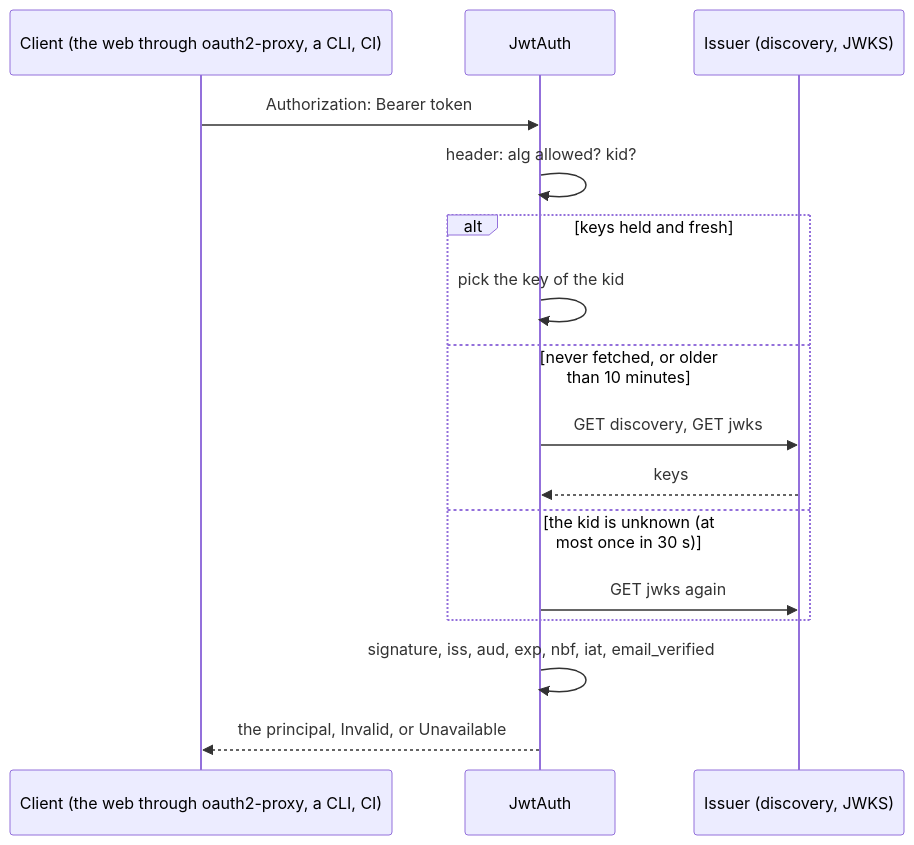
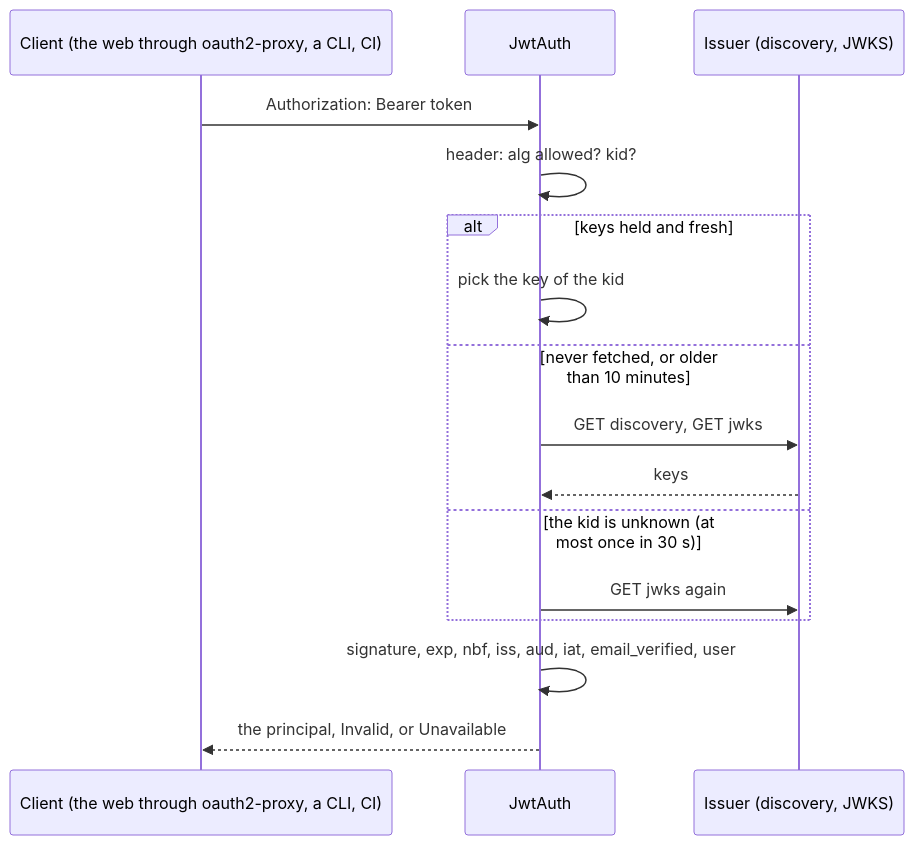
Before and after one commit to vymalo/another-agentic-system: the first of 2 diagrams in orchestrator/crates/auth-jwt/README.md, drawn with Mermaid. The commit also changed other lines of this file and 12 other files, not shown here.

First line of the commit message:
fix(auth-jwt): read every valid Ed25519, RSA and P-256 key; check iss and the user strictly (#261)

````diff
--- a/orchestrator/crates/auth-jwt/README.md
+++ b/orchestrator/crates/auth-jwt/README.md
@@ -19,18 +19,18 @@
 ```mermaid
 sequenceDiagram
   participant C as Client (the web through oauth2-proxy, a CLI, CI)
   participant A as JwtAuth
   participant I as Issuer (discovery, JWKS)
   C->>A: Authorization: Bearer token
   A->>A: header: alg allowed? kid?
   alt keys held and fresh
     A->>A: pick the key of the kid
   else never fetched, or older than 10 minutes
     A->>I: GET discovery, GET jwks
     I-->>A: keys
   else the kid is unknown (at most once in 30 s)
     A->>I: GET jwks again
   end
-  A->>A: signature, iss, aud, exp, nbf, iat, email_verified
+  A->>A: signature, exp, nbf, iss, aud, iat, email_verified, user
   A-->>C: the principal, Invalid, or Unavailable
 ```
````
